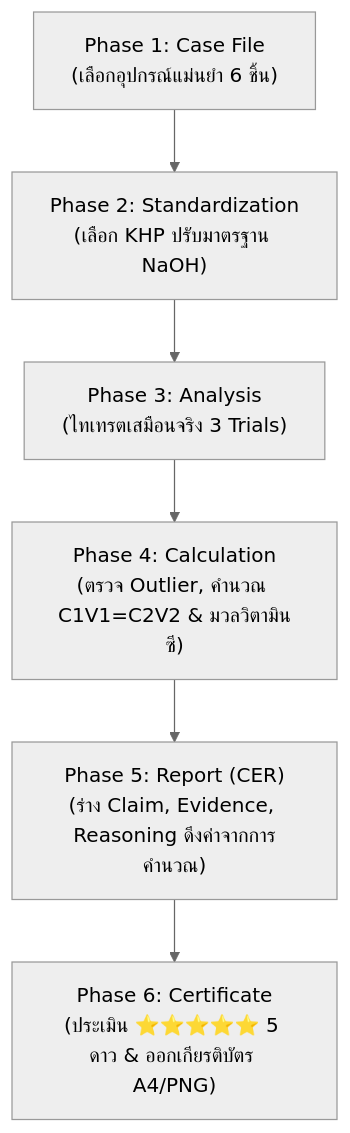
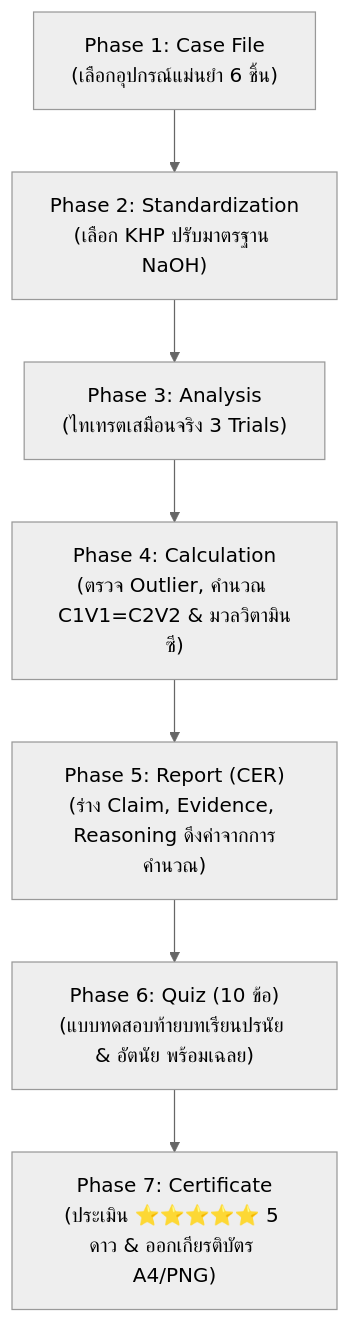
Before and after one commit to Papkingdom2026/titra-lab: the diagram in OFFICIAL_ACADEMIC_COMPETITION_REPORT.md, drawn with Mermaid (neutral theme). The commit also changed other lines of this file and 13 other files, not shown here.

````diff
--- a/OFFICIAL_ACADEMIC_COMPETITION_REPORT.md
+++ b/OFFICIAL_ACADEMIC_COMPETITION_REPORT.md
@@ -126,8 +126,9 @@
 ```mermaid
 graph TD
     A["Phase 1: Case File<br/>(เลือกอุปกรณ์แม่นยำ 6 ชิ้น)"] --> B["Phase 2: Standardization<br/>(เลือก KHP ปรับมาตรฐาน NaOH)"]
     B --> C["Phase 3: Analysis<br/>(ไทเทรตเสมือนจริง 3 Trials)"]
     C --> D["Phase 4: Calculation<br/>(ตรวจ Outlier, คำนวณ C1V1=C2V2 & มวลวิตามินซี)"]
     D --> E["Phase 5: Report (CER)<br/>(ร่าง Claim, Evidence, Reasoning ดึงค่าจากการคำนวณ)"]
-    E --> F["Phase 6: Certificate<br/>(ประเมิน ⭐⭐⭐⭐⭐ 5 ดาว & ออกเกียรติบัตร A4/PNG)"]
+    E --> F["Phase 6: Quiz (10 ข้อ)<br/>(แบบทดสอบท้ายบทเรียนปรนัย & อัตนัย พร้อมเฉลย)"]
+    F --> G["Phase 7: Certificate<br/>(ประเมิน ⭐⭐⭐⭐⭐ 5 ดาว & ออกเกียรติบัตร A4/PNG)"]
 ```
````
